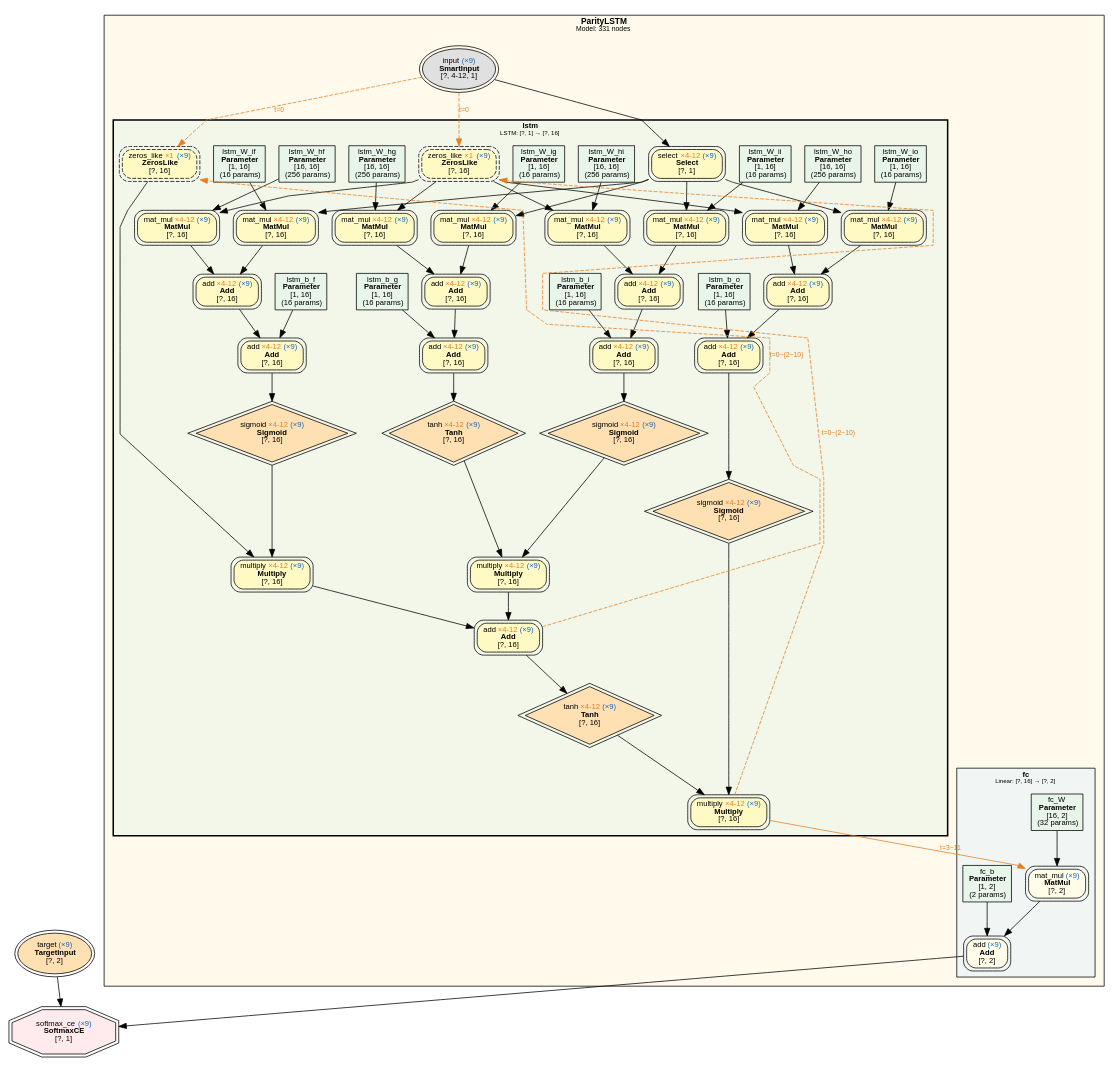
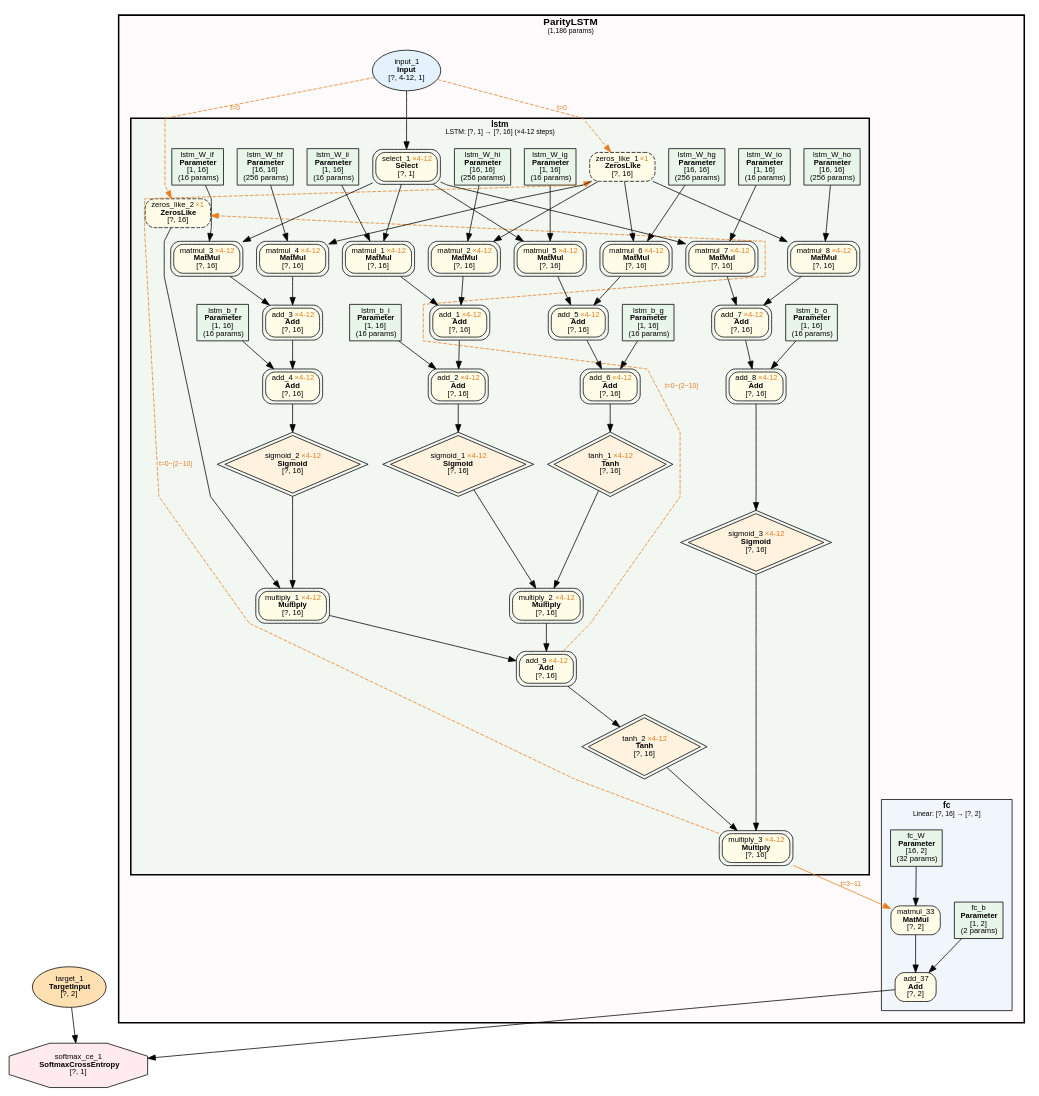
The diagram in examples/parity_lstm_var_len/parity_lstm_var_len.dot (dbsxdbsx/only_torch), drawn with Graphviz before and after one commit. The commit also changed 10 other files, not shown here.

First line of the commit message:
feat(examples): 迁移 GRU/LSTM 示例至动态图 API + 修复反馈边 bug

```diff
--- a/examples/parity_lstm_var_len/parity_lstm_var_len.dot
+++ b/examples/parity_lstm_var_len/parity_lstm_var_len.dot
@@ -1,140 +1,142 @@
-digraph Model {
+digraph ComputeGraph {
     rankdir=TB;
     newrank=true;
     splines=polyline;
     node [fontname="Microsoft YaHei,SimHei,Arial"];
     edge [fontname="Microsoft YaHei,SimHei,Arial"];
 
-    subgraph cluster_ParityLSTM {
-        label=<<B>ParityLSTM</B><BR/><FONT POINT-SIZE="9">Model: 331 nodes</FONT>>;
-        style=filled;
-        fillcolor="#FFECB340";
+    subgraph cluster_model_ParityLSTM {
+        label=<<B>ParityLSTM</B><BR/><FONT POINT-SIZE="9">(1,186 params)</FONT>>;
+        style="filled,bold";
+        fillcolor="#FFEBEE40";
         fontname="Microsoft YaHei,SimHei,Arial";
-        fontsize=11;
-        margin=12;
+        fontsize=13;
+        margin=16;
+
         subgraph cluster_ParityLSTM_fc {
-            label=<<B>fc</B><BR/><FONT POINT-SIZE="8">Linear: [?, 16] → [?, 2]</FONT>>;
+            label=<<B>fc</B><BR/><FONT POINT-SIZE="9">Linear: [?, 16] → [?, 2]</FONT>>;
             style=filled;
             fillcolor="#E3F2FD80";
             fontname="Microsoft YaHei,SimHei,Arial";
-            fontsize=10;
-            margin=8;
-            "13" [label=<fc_W<BR/><B>Parameter</B><BR/>[16, 2]<BR/>(32 params)> shape=box style=filled fillcolor="#E8F5E9" fontsize=10];
-            "14" [label=<fc_b<BR/><B>Parameter</B><BR/>[1, 2]<BR/>(2 params)> shape=box style=filled fillcolor="#E8F5E9" fontsize=10];
-            "1946" [label=<mat_mul <FONT COLOR="#1565C0">(×9)</FONT><BR/><B>MatMul</B><BR/>[?, 2]> shape=box style="filled,rounded" fillcolor="#FFFDE7" peripheries=2 fontsize=10];
-            "1947" [label=<add <FONT COLOR="#1565C0">(×9)</FONT><BR/><B>Add</B><BR/>[?, 2]> shape=box style="filled,rounded" fillcolor="#FFFDE7" peripheries=2 fontsize=10];
+            fontsize=11;
+            margin=12;
+                "89025" [label=<add_37<BR/><B>Add</B><BR/>[?, 2]> shape=box style="filled,rounded" fillcolor="#FFFDE7" fontsize=10];
+                "89024" [label=<matmul_33<BR/><B>MatMul</B><BR/>[?, 2]> shape=box style="filled,rounded" fillcolor="#FFFDE7" fontsize=10];
+                "14" [label=<fc_b<BR/><B>Parameter</B><BR/>[1, 2]<BR/>(2 params)> shape=box style=filled fillcolor="#E8F5E9" fontsize=10];
+                "13" [label=<fc_W<BR/><B>Parameter</B><BR/>[16, 2]<BR/>(32 params)> shape=box style=filled fillcolor="#E8F5E9" fontsize=10];
         }
+
         subgraph cluster_ParityLSTM_lstm {
-            label=<<B>lstm</B><BR/><FONT POINT-SIZE="8">LSTM: [?, 1] → [?, 16]</FONT>>;
+            label=<<B>lstm</B><BR/><FONT POINT-SIZE="9">LSTM: [?, 1] → [?, 16] (×4-12 steps)</FONT>>;
             style="filled,bold";
             peripheries=3;
             penwidth=2;
             fillcolor="#E8F5E980";
             fontname="Microsoft YaHei,SimHei,Arial";
-            fontsize=10;
-            margin=8;
+            fontsize=11;
+            margin=12;
+            "12" [label=<lstm_b_o<BR/><B>Parameter</B><BR/>[1, 16]<BR/>(16 params)> shape=box style=filled fillcolor="#E8F5E9" fontsize=10];
+            "10" [label=<lstm_W_io<BR/><B>Parameter</B><BR/>[1, 16]<BR/>(16 params)> shape=box style=filled fillcolor="#E8F5E9" fontsize=10];
+            "11" [label=<lstm_W_ho<BR/><B>Parameter</B><BR/>[16, 16]<BR/>(256 params)> shape=box style=filled fillcolor="#E8F5E9" fontsize=10];
+            "6" [label=<lstm_b_f<BR/><B>Parameter</B><BR/>[1, 16]<BR/>(16 params)> shape=box style=filled fillcolor="#E8F5E9" fontsize=10];
+            "3" [label=<lstm_b_i<BR/><B>Parameter</B><BR/>[1, 16]<BR/>(16 params)> shape=box style=filled fillcolor="#E8F5E9" fontsize=10];
+            "9" [label=<lstm_b_g<BR/><B>Parameter</B><BR/>[1, 16]<BR/>(16 params)> shape=box style=filled fillcolor="#E8F5E9" fontsize=10];
+            "4" [label=<lstm_W_if<BR/><B>Parameter</B><BR/>[1, 16]<BR/>(16 params)> shape=box style=filled fillcolor="#E8F5E9" fontsize=10];
+            "5" [label=<lstm_W_hf<BR/><B>Parameter</B><BR/>[16, 16]<BR/>(256 params)> shape=box style=filled fillcolor="#E8F5E9" fontsize=10];
+            "88943" [label=<add_9 <FONT COLOR="#E67E22">×4-12</FONT><BR/><B>Add</B><BR/>[?, 16]> shape=box style="filled,rounded" fillcolor="#FFFDE7" fontsize=10 peripheries=2];
             "1" [label=<lstm_W_ii<BR/><B>Parameter</B><BR/>[1, 16]<BR/>(16 params)> shape=box style=filled fillcolor="#E8F5E9" fontsize=10];
             "2" [label=<lstm_W_hi<BR/><B>Parameter</B><BR/>[16, 16]<BR/>(256 params)> shape=box style=filled fillcolor="#E8F5E9" fontsize=10];
-            "3" [label=<lstm_b_i<BR/><B>Parameter</B><BR/>[1, 16]<BR/>(16 params)> shape=box style=filled fillcolor="#E8F5E9" fontsize=10];
-            "4" [label=<lstm_W_if<BR/><B>Parameter</B><BR/>[1, 16]<BR/>(16 params)> shape=box style=filled fillcolor="#E8F5E9" fontsize=10];
-            "5" [label=<lstm_W_hf<BR/><B>Parameter</B><BR/>[16, 16]<BR/>(256 params)> shape=box style=filled fillcolor="#E8F5E9" fontsize=10];
-            "6" [label=<lstm_b_f<BR/><B>Parameter</B><BR/>[1, 16]<BR/>(16 params)> shape=box style=filled fillcolor="#E8F5E9" fontsize=10];
             "7" [label=<lstm_W_ig<BR/><B>Parameter</B><BR/>[1, 16]<BR/>(16 params)> shape=box style=filled fillcolor="#E8F5E9" fontsize=10];
             "8" [label=<lstm_W_hg<BR/><B>Parameter</B><BR/>[16, 16]<BR/>(256 params)> shape=box style=filled fillcolor="#E8F5E9" fontsize=10];
-            "9" [label=<lstm_b_g<BR/><B>Parameter</B><BR/>[1, 16]<BR/>(16 params)> shape=box style=filled fillcolor="#E8F5E9" fontsize=10];
-            "10" [label=<lstm_W_io<BR/><B>Parameter</B><BR/>[1, 16]<BR/>(16 params)> shape=box style=filled fillcolor="#E8F5E9" fontsize=10];
-            "11" [label=<lstm_W_ho<BR/><B>Parameter</B><BR/>[16, 16]<BR/>(256 params)> shape=box style=filled fillcolor="#E8F5E9" fontsize=10];
-            "12" [label=<lstm_b_o<BR/><B>Parameter</B><BR/>[1, 16]<BR/>(16 params)> shape=box style=filled fillcolor="#E8F5E9" fontsize=10];
-            "1632" [label=<zeros_like <FONT COLOR="#E67E22">×1</FONT> <FONT COLOR="#1565C0">(×9)</FONT><BR/><B>ZerosLike</B><BR/>[?, 16]> shape=box style="filled,rounded,dashed" fillcolor="#FFF9C4" peripheries=2 fontsize=10];
-            "1633" [label=<zeros_like <FONT COLOR="#E67E22">×1</FONT> <FONT COLOR="#1565C0">(×9)</FONT><BR/><B>ZerosLike</B><BR/>[?, 16]> shape=box style="filled,rounded,dashed" fillcolor="#FFF9C4" peripheries=2 fontsize=10];
-            "1634" [label=<select <FONT COLOR="#E67E22">×4-12</FONT> <FONT COLOR="#1565C0">(×9)</FONT><BR/><B>Select</B><BR/>[?, 1]> shape=box style="filled,rounded" fillcolor="#FFF9C4" peripheries=2 fontsize=10];
-            "1635" [label=<mat_mul <FONT COLOR="#E67E22">×4-12</FONT> <FONT COLOR="#1565C0">(×9)</FONT><BR/><B>MatMul</B><BR/>[?, 16]> shape=box style="filled,rounded" fillcolor="#FFF9C4" peripheries=2 fontsize=10];
-            "1636" [label=<mat_mul <FONT COLOR="#E67E22">×4-12</FONT> <FONT COLOR="#1565C0">(×9)</FONT><BR/><B>MatMul</B><BR/>[?, 16]> shape=box style="filled,rounded" fillcolor="#FFF9C4" peripheries=2 fontsize=10];
-            "1637" [label=<add <FONT COLOR="#E67E22">×4-12</FONT> <FONT COLOR="#1565C0">(×9)</FONT><BR/><B>Add</B><BR/>[?, 16]> shape=box style="filled,rounded" fillcolor="#FFF9C4" peripheries=2 fontsize=10];
-            "1638" [label=<add <FONT COLOR="#E67E22">×4-12</FONT> <FONT COLOR="#1565C0">(×9)</FONT><BR/><B>Add</B><BR/>[?, 16]> shape=box style="filled,rounded" fillcolor="#FFF9C4" peripheries=2 fontsize=10];
-            "1639" [label=<sigmoid <FONT COLOR="#E67E22">×4-12</FONT> <FONT COLOR="#1565C0">(×9)</FONT><BR/><B>Sigmoid</B><BR/>[?, 16]> shape=diamond style=filled fillcolor="#FFE0B2" peripheries=2 fontsize=10];
-            "1640" [label=<mat_mul <FONT COLOR="#E67E22">×4-12</FONT> <FONT COLOR="#1565C0">(×9)</FONT><BR/><B>MatMul</B><BR/>[?, 16]> shape=box style="filled,rounded" fillcolor="#FFF9C4" peripheries=2 fontsize=10];
-            "1641" [label=<mat_mul <FONT COLOR="#E67E22">×4-12</FONT> <FONT COLOR="#1565C0">(×9)</FONT><BR/><B>MatMul</B><BR/>[?, 16]> shape=box style="filled,rounded" fillcolor="#FFF9C4" peripheries=2 fontsize=10];
-            "1642" [label=<add <FONT COLOR="#E67E22">×4-12</FONT> <FONT COLOR="#1565C0">(×9)</FONT><BR/><B>Add</B><BR/>[?, 16]> shape=box style="filled,rounded" fillcolor="#FFF9C4" peripheries=2 fontsize=10];
-            "1643" [label=<add <FONT COLOR="#E67E22">×4-12</FONT> <FONT COLOR="#1565C0">(×9)</FONT><BR/><B>Add</B><BR/>[?, 16]> shape=box style="filled,rounded" fillcolor="#FFF9C4" peripheries=2 fontsize=10];
-            "1644" [label=<sigmoid <FONT COLOR="#E67E22">×4-12</FONT> <FONT COLOR="#1565C0">(×9)</FONT><BR/><B>Sigmoid</B><BR/>[?, 16]> shape=diamond style=filled fillcolor="#FFE0B2" peripheries=2 fontsize=10];
-            "1645" [label=<mat_mul <FONT COLOR="#E67E22">×4-12</FONT> <FONT COLOR="#1565C0">(×9)</FONT><BR/><B>MatMul</B><BR/>[?, 16]> shape=box style="filled,rounded" fillcolor="#FFF9C4" peripheries=2 fontsize=10];
-            "1646" [label=<mat_mul <FONT COLOR="#E67E22">×4-12</FONT> <FONT COLOR="#1565C0">(×9)</FONT><BR/><B>MatMul</B><BR/>[?, 16]> shape=box style="filled,rounded" fillcolor="#FFF9C4" peripheries=2 fontsize=10];
-            "1647" [label=<add <FONT COLOR="#E67E22">×4-12</FONT> <FONT COLOR="#1565C0">(×9)</FONT><BR/><B>Add</B><BR/>[?, 16]> shape=box style="filled,rounded" fillcolor="#FFF9C4" peripheries=2 fontsize=10];
-            "1648" [label=<add <FONT COLOR="#E67E22">×4-12</FONT> <FONT COLOR="#1565C0">(×9)</FONT><BR/><B>Add</B><BR/>[?, 16]> shape=box style="filled,rounded" fillcolor="#FFF9C4" peripheries=2 fontsize=10];
-            "1649" [label=<tanh <FONT COLOR="#E67E22">×4-12</FONT> <FONT COLOR="#1565C0">(×9)</FONT><BR/><B>Tanh</B><BR/>[?, 16]> shape=diamond style=filled fillcolor="#FFE0B2" peripheries=2 fontsize=10];
-            "1650" [label=<mat_mul <FONT COLOR="#E67E22">×4-12</FONT> <FONT COLOR="#1565C0">(×9)</FONT><BR/><B>MatMul</B><BR/>[?, 16]> shape=box style="filled,rounded" fillcolor="#FFF9C4" peripheries=2 fontsize=10];
-            "1651" [label=<mat_mul <FONT COLOR="#E67E22">×4-12</FONT> <FONT COLOR="#1565C0">(×9)</FONT><BR/><B>MatMul</B><BR/>[?, 16]> shape=box style="filled,rounded" fillcolor="#FFF9C4" peripheries=2 fontsize=10];
-            "1652" [label=<add <FONT COLOR="#E67E22">×4-12</FONT> <FONT COLOR="#1565C0">(×9)</FONT><BR/><B>Add</B><BR/>[?, 16]> shape=box style="filled,rounded" fillcolor="#FFF9C4" peripheries=2 fontsize=10];
-            "1653" [label=<add <FONT COLOR="#E67E22">×4-12</FONT> <FONT COLOR="#1565C0">(×9)</FONT><BR/><B>Add</B><BR/>[?, 16]> shape=box style="filled,rounded" fillcolor="#FFF9C4" peripheries=2 fontsize=10];
-            "1654" [label=<sigmoid <FONT COLOR="#E67E22">×4-12</FONT> <FONT COLOR="#1565C0">(×9)</FONT><BR/><B>Sigmoid</B><BR/>[?, 16]> shape=diamond style=filled fillcolor="#FFE0B2" peripheries=2 fontsize=10];
-            "1655" [label=<multiply <FONT COLOR="#E67E22">×4-12</FONT> <FONT COLOR="#1565C0">(×9)</FONT><BR/><B>Multiply</B><BR/>[?, 16]> shape=box style="filled,rounded" fillcolor="#FFF9C4" peripheries=2 fontsize=10];
-            "1656" [label=<multiply <FONT COLOR="#E67E22">×4-12</FONT> <FONT COLOR="#1565C0">(×9)</FONT><BR/><B>Multiply</B><BR/>[?, 16]> shape=box style="filled,rounded" fillcolor="#FFF9C4" peripheries=2 fontsize=10];
-            "1657" [label=<add <FONT COLOR="#E67E22">×4-12</FONT> <FONT COLOR="#1565C0">(×9)</FONT><BR/><B>Add</B><BR/>[?, 16]> shape=box style="filled,rounded" fillcolor="#FFF9C4" peripheries=2 fontsize=10];
-            "1658" [label=<tanh <FONT COLOR="#E67E22">×4-12</FONT> <FONT COLOR="#1565C0">(×9)</FONT><BR/><B>Tanh</B><BR/>[?, 16]> shape=diamond style=filled fillcolor="#FFE0B2" peripheries=2 fontsize=10];
-            "1659" [label=<multiply <FONT COLOR="#E67E22">×4-12</FONT> <FONT COLOR="#1565C0">(×9)</FONT><BR/><B>Multiply</B><BR/>[?, 16]> shape=box style="filled,rounded" fillcolor="#FFF9C4" peripheries=2 fontsize=10];
+            "88941" [label=<multiply_1 <FONT COLOR="#E67E22">×4-12</FONT><BR/><B>Multiply</B><BR/>[?, 16]> shape=box style="filled,rounded" fillcolor="#FFFDE7" fontsize=10 peripheries=2];
+            "88942" [label=<multiply_2 <FONT COLOR="#E67E22">×4-12</FONT><BR/><B>Multiply</B><BR/>[?, 16]> shape=box style="filled,rounded" fillcolor="#FFFDE7" fontsize=10 peripheries=2];
+            "88930" [label=<sigmoid_2 <FONT COLOR="#E67E22">×4-12</FONT><BR/><B>Sigmoid</B><BR/>[?, 16]> shape=diamond style=filled fillcolor="#FFF3E0" fontsize=10 peripheries=2];
+            "88919" [label=<zeros_like_2 <FONT COLOR="#E67E22">×1</FONT><BR/><B>ZerosLike</B><BR/>[?, 16]> shape=box style="filled,rounded,dashed" fillcolor="#FFFDE7" fontsize=10];
+            "88925" [label=<sigmoid_1 <FONT COLOR="#E67E22">×4-12</FONT><BR/><B>Sigmoid</B><BR/>[?, 16]> shape=diamond style=filled fillcolor="#FFF3E0" fontsize=10 peripheries=2];
+            "88935" [label=<tanh_1 <FONT COLOR="#E67E22">×4-12</FONT><BR/><B>Tanh</B><BR/>[?, 16]> shape=diamond style=filled fillcolor="#FFF3E0" fontsize=10 peripheries=2];
+            "88929" [label=<add_4 <FONT COLOR="#E67E22">×4-12</FONT><BR/><B>Add</B><BR/>[?, 16]> shape=box style="filled,rounded" fillcolor="#FFFDE7" fontsize=10 peripheries=2];
+            "88924" [label=<add_2 <FONT COLOR="#E67E22">×4-12</FONT><BR/><B>Add</B><BR/>[?, 16]> shape=box style="filled,rounded" fillcolor="#FFFDE7" fontsize=10 peripheries=2];
+            "88934" [label=<add_6 <FONT COLOR="#E67E22">×4-12</FONT><BR/><B>Add</B><BR/>[?, 16]> shape=box style="filled,rounded" fillcolor="#FFFDE7" fontsize=10 peripheries=2];
+            "88945" [label=<multiply_3 <FONT COLOR="#E67E22">×4-12</FONT><BR/><B>Multiply</B><BR/>[?, 16]> shape=box style="filled,rounded" fillcolor="#FFFDE7" fontsize=10 peripheries=2];
+            "88928" [label=<add_3 <FONT COLOR="#E67E22">×4-12</FONT><BR/><B>Add</B><BR/>[?, 16]> shape=box style="filled,rounded" fillcolor="#FFFDE7" fontsize=10 peripheries=2];
+            "88923" [label=<add_1 <FONT COLOR="#E67E22">×4-12</FONT><BR/><B>Add</B><BR/>[?, 16]> shape=box style="filled,rounded" fillcolor="#FFFDE7" fontsize=10 peripheries=2];
+            "88933" [label=<add_5 <FONT COLOR="#E67E22">×4-12</FONT><BR/><B>Add</B><BR/>[?, 16]> shape=box style="filled,rounded" fillcolor="#FFFDE7" fontsize=10 peripheries=2];
+            "88940" [label=<sigmoid_3 <FONT COLOR="#E67E22">×4-12</FONT><BR/><B>Sigmoid</B><BR/>[?, 16]> shape=diamond style=filled fillcolor="#FFF3E0" fontsize=10 peripheries=2];
+            "88944" [label=<tanh_2 <FONT COLOR="#E67E22">×4-12</FONT><BR/><B>Tanh</B><BR/>[?, 16]> shape=diamond style=filled fillcolor="#FFF3E0" fontsize=10 peripheries=2];
+            "88926" [label=<matmul_3 <FONT COLOR="#E67E22">×4-12</FONT><BR/><B>MatMul</B><BR/>[?, 16]> shape=box style="filled,rounded" fillcolor="#FFFDE7" fontsize=10 peripheries=2];
+            "88927" [label=<matmul_4 <FONT COLOR="#E67E22">×4-12</FONT><BR/><B>MatMul</B><BR/>[?, 16]> shape=box style="filled,rounded" fillcolor="#FFFDE7" fontsize=10 peripheries=2];
+            "88921" [label=<matmul_1 <FONT COLOR="#E67E22">×4-12</FONT><BR/><B>MatMul</B><BR/>[?, 16]> shape=box style="filled,rounded" fillcolor="#FFFDE7" fontsize=10 peripheries=2];
+            "88922" [label=<matmul_2 <FONT COLOR="#E67E22">×4-12</FONT><BR/><B>MatMul</B><BR/>[?, 16]> shape=box style="filled,rounded" fillcolor="#FFFDE7" fontsize=10 peripheries=2];
+            "88931" [label=<matmul_5 <FONT COLOR="#E67E22">×4-12</FONT><BR/><B>MatMul</B><BR/>[?, 16]> shape=box style="filled,rounded" fillcolor="#FFFDE7" fontsize=10 peripheries=2];
+            "88932" [label=<matmul_6 <FONT COLOR="#E67E22">×4-12</FONT><BR/><B>MatMul</B><BR/>[?, 16]> shape=box style="filled,rounded" fillcolor="#FFFDE7" fontsize=10 peripheries=2];
+            "88939" [label=<add_8 <FONT COLOR="#E67E22">×4-12</FONT><BR/><B>Add</B><BR/>[?, 16]> shape=box style="filled,rounded" fillcolor="#FFFDE7" fontsize=10 peripheries=2];
+            "88920" [label=<select_1 <FONT COLOR="#E67E22">×4-12</FONT><BR/><B>Select</B><BR/>[?, 1]> shape=box style="filled,rounded" fillcolor="#FFFDE7" fontsize=10 peripheries=2];
+            "88918" [label=<zeros_like_1 <FONT COLOR="#E67E22">×1</FONT><BR/><B>ZerosLike</B><BR/>[?, 16]> shape=box style="filled,rounded,dashed" fillcolor="#FFFDE7" fontsize=10];
+            "88938" [label=<add_7 <FONT COLOR="#E67E22">×4-12</FONT><BR/><B>Add</B><BR/>[?, 16]> shape=box style="filled,rounded" fillcolor="#FFFDE7" fontsize=10 peripheries=2];
+            "88936" [label=<matmul_7 <FONT COLOR="#E67E22">×4-12</FONT><BR/><B>MatMul</B><BR/>[?, 16]> shape=box style="filled,rounded" fillcolor="#FFFDE7" fontsize=10 peripheries=2];
+            "88937" [label=<matmul_8 <FONT COLOR="#E67E22">×4-12</FONT><BR/><B>MatMul</B><BR/>[?, 16]> shape=box style="filled,rounded" fillcolor="#FFFDE7" fontsize=10 peripheries=2];
         }
-            "1631" [label=<input <FONT COLOR="#1565C0">(×9)</FONT><BR/><B>SmartInput</B><BR/>[?, 4-12, 1]> shape=ellipse style=filled fillcolor="#E0E0E0" peripheries=2 fontsize=10];
+
+        "88917" [label=<input_1<BR/><B>Input</B><BR/>[?, 4-12, 1]> shape=ellipse style=filled fillcolor="#E3F2FD" fontsize=10];
     }
 
-    "1948" [label=<target <FONT COLOR="#1565C0">(×9)</FONT><BR/><B>TargetInput</B><BR/>[?, 2]> shape=ellipse style=filled fillcolor="#FFE0B2" peripheries=2 fontsize=10];
-    "1949" [label=<softmax_ce <FONT COLOR="#1565C0">(×9)</FONT><BR/><B>SoftmaxCE</B><BR/>[?, 1]> shape=octagon style=filled fillcolor="#FFEBEE" peripheries=2 fontsize=10];
+    "89027" [label=<softmax_ce_1<BR/><B>SoftmaxCrossEntropy</B><BR/>[?, 1]> shape=octagon style=filled fillcolor="#FFEBEE" fontsize=10];
+    "89026" [label=<target_1<BR/><B>TargetInput</B><BR/>[?, 2]> shape=ellipse style=filled fillcolor="#FFE0B2" fontsize=10];
 
-    "1631" -> "1634";
-    "1634" -> "1635";
-    "1" -> "1635";
-    "1632" -> "1636";
-    "2" -> "1636";
-    "1635" -> "1637";
-    "1636" -> "1637";
-    "1637" -> "1638";
-    "3" -> "1638";
-    "1638" -> "1639";
-    "1634" -> "1640";
-    "4" -> "1640";
-    "1632" -> "1641";
-    "5" -> "1641";
-    "1640" -> "1642";
-    "1641" -> "1642";
-    "1642" -> "1643";
-    "6" -> "1643";
-    "1643" -> "1644";
-    "1634" -> "1645";
-    "7" -> "1645";
-    "1632" -> "1646";
-    "8" -> "1646";
-    "1645" -> "1647";
-    "1646" -> "1647";
-    "1647" -> "1648";
-    "9" -> "1648";
-    "1648" -> "1649";
-    "1634" -> "1650";
-    "10" -> "1650";
-    "1632" -> "1651";
-    "11" -> "1651";
-    "1650" -> "1652";
-    "1651" -> "1652";
-    "1652" -> "1653";
-    "12" -> "1653";
-    "1653" -> "1654";
-    "1644" -> "1655";
-    "1633" -> "1655";
-    "1639" -> "1656";
-    "1649" -> "1656";
-    "1655" -> "1657";
-    "1656" -> "1657";
-    "1657" -> "1658";
-    "1654" -> "1659";
-    "1658" -> "1659";
-    "1659" -> "1946" [color="#E67E22" label=<t=3~11> fontcolor="#E67E22" fontsize=9];
-    "13" -> "1946";
-    "1946" -> "1947";
-    "14" -> "1947";
-    "1947" -> "1949";
-    "1948" -> "1949";
-    "1631" -> "1632" [style=dashed color="#E67E22" label=<t=0> fontcolor="#E67E22" fontsize=9];
-    "1659" -> "1632" [style=dashed color="#E67E22" label=<t=0~(2~10)> fontcolor="#E67E22" fontsize=9 constraint=false];
-    "1631" -> "1633" [style=dashed color="#E67E22" label=<t=0> fontcolor="#E67E22" fontsize=9];
-    "1657" -> "1633" [style=dashed color="#E67E22" label=<t=0~(2~10)> fontcolor="#E67E22" fontsize=9 constraint=false];
-    { rank=same; "1632"; "1633" }
+    "89025" -> "89027";
+    "89026" -> "89027";
+    "89024" -> "89025";
+    "14" -> "89025";
+    "88945" -> "89024" [color="#E67E22" label=<t=3~11> fontcolor="#E67E22" fontsize=9];
+    "13" -> "89024";
+    "88941" -> "88943";
+    "88942" -> "88943";
+    "88930" -> "88941";
+    "88919" -> "88941";
+    "88925" -> "88942";
+    "88935" -> "88942";
+    "88929" -> "88930";
+    "88917" -> "88919" [style=dashed color="#E67E22" label=<t=0> fontcolor="#E67E22" fontsize=9];
+    "88924" -> "88925";
+    "88934" -> "88935";
+    "88928" -> "88929";
+    "6" -> "88929";
+    "88923" -> "88924";
+    "3" -> "88924";
+    "88933" -> "88934";
+    "9" -> "88934";
+    "88940" -> "88945";
+    "88944" -> "88945";
+    "88926" -> "88928";
+    "88927" -> "88928";
+    "88921" -> "88923";
+    "88922" -> "88923";
+    "88931" -> "88933";
+    "88932" -> "88933";
+    "88939" -> "88940";
+    "88943" -> "88944";
+    "88920" -> "88926";
+    "4" -> "88926";
+    "88918" -> "88927";
+    "5" -> "88927";
+    "88920" -> "88921";
+    "1" -> "88921";
+    "88918" -> "88922";
+    "2" -> "88922";
+    "88920" -> "88931";
+    "7" -> "88931";
+    "88918" -> "88932";
+    "8" -> "88932";
+    "88938" -> "88939";
+    "12" -> "88939";
+    "88917" -> "88920";
+    "88917" -> "88918" [style=dashed color="#E67E22" label=<t=0> fontcolor="#E67E22" fontsize=9];
+    "88936" -> "88938";
+    "88937" -> "88938";
+    "88920" -> "88936";
+    "10" -> "88936";
+    "88918" -> "88937";
+    "11" -> "88937";
+    "88945" -> "88918" [style=dashed color="#E67E22" label=<t=0~(2~10)> fontcolor="#E67E22" fontsize=9 constraint=false];
+    "88943" -> "88919" [style=dashed color="#E67E22" label=<t=0~(2~10)> fontcolor="#E67E22" fontsize=9 constraint=false];
 }
```
